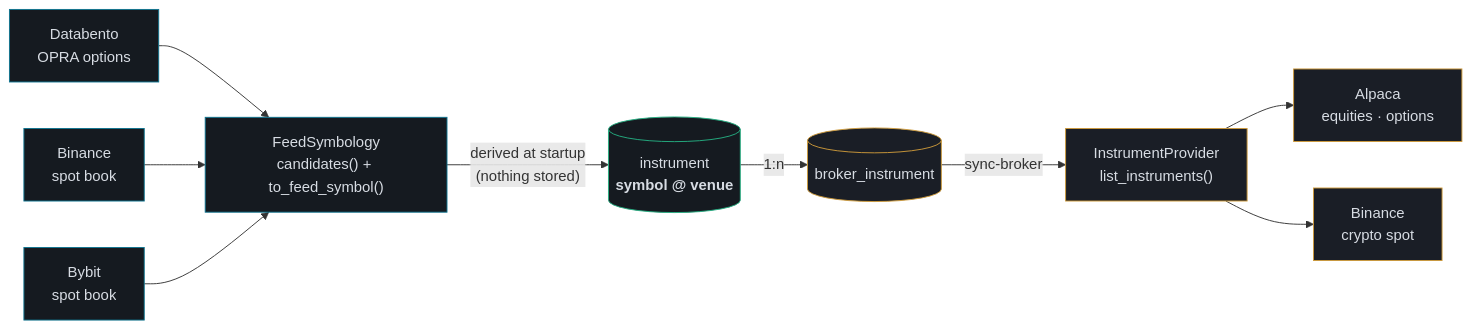
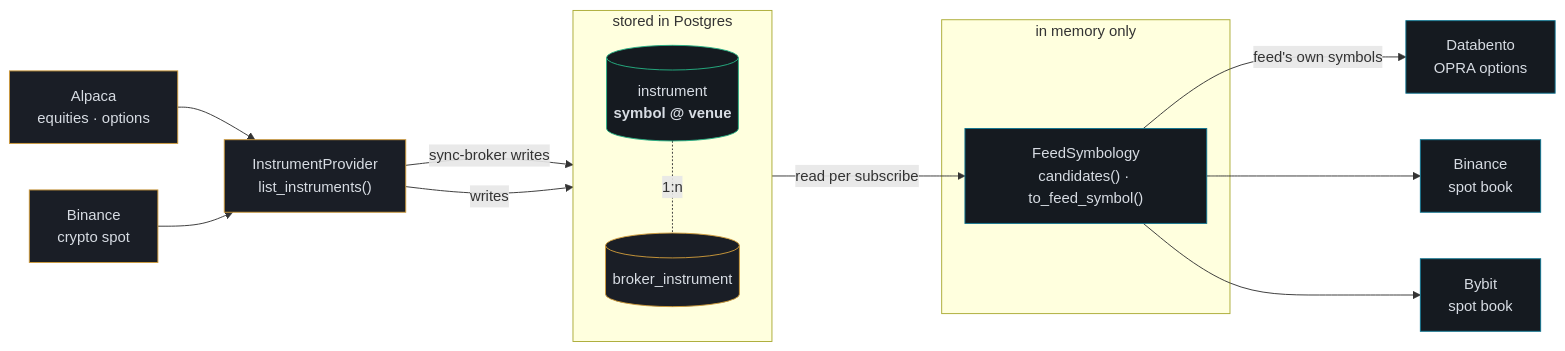
One commit to maxkuttner/openoms changed the diagram in site/diagrams/overview.mmd. Above: the diagram before and after it, drawn with Mermaid. The commit also changed 1 other file, not shown here.

Commit message:
docs(site): redraw the end-to-end diagram around read vs write
Both arrows pointed the wrong way: FeedSymbology fed into the instrument
catalog, and broker_instrument fed into InstrumentProvider. The code does
the opposite — sync-broker calls list_instruments() and INSERTs, while
candidates() builds a WHERE over instrument and to_feed_symbol() renames
the rows it gets back.

"derived at startup (nothing stored)" was carrying that confusion alone,
and was also wrong about when: it is per subscribe, not at startup. The
stored/computed split is now structural — two labelled groups — and the
prose says plainly that there is no feed table and why that matters.

```diff
--- a/site/diagrams/overview.mmd
+++ b/site/diagrams/overview.mmd
@@ -1,27 +1,33 @@
 flowchart LR
+  ALP["Alpaca<br/>equities · options"]:::exec
+  BNB["Binance<br/>crypto spot"]:::exec
+  IP["InstrumentProvider<br/>list_instruments()"]:::exec
+
+  subgraph STORE["stored in Postgres"]
+    direction TB
+    INST[("instrument<br/><b>symbol @ venue</b>")]:::core
+    BI[("broker_instrument")]:::exec
+  end
+
+  subgraph MEM["in memory only"]
+    FS["FeedSymbology<br/>candidates() · to_feed_symbol()"]:::feed
+  end
+
   DBN["Databento<br/>OPRA options"]:::feed
   BNF["Binance<br/>spot book"]:::feed
   BYF["Bybit<br/>spot book"]:::feed
 
-  FS["FeedSymbology<br/>candidates() + to_feed_symbol()"]:::feed
+  ALP --> IP
+  BNB --> IP
+  IP -- "sync-broker writes" --> INST
+  IP -- "writes" --> BI
+  INST -. "1:n" .- BI
 
-  INST[("instrument<br/><b>symbol @ venue</b>")]:::core
-
-  BI[("broker_instrument")]:::exec
-  IP["InstrumentProvider<br/>list_instruments()"]:::exec
-
-  ALP["Alpaca<br/>equities · options"]:::exec
-  BNB["Binance<br/>crypto spot"]:::exec
-
-  DBN --> FS
-  BNF --> FS
-  BYF --> FS
-  FS -- "derived at startup<br/>(nothing stored)" --> INST
-  INST -- "1:n" --> BI
-  BI -- "sync-broker" --> IP
-  IP --> ALP
-  IP --> BNB
+  INST -- "read per subscribe" --> FS
+  FS -- "feed's own symbols" --> DBN
+  FS --> BNF
+  FS --> BYF
 
   classDef core fill:#151a20,stroke:#25b083,color:#d7dce3;
   classDef exec fill:#1a1e26,stroke:#ce9a3b,color:#d7dce3;
   classDef feed fill:#151a20,stroke:#0e7490,color:#d7dce3;
```
